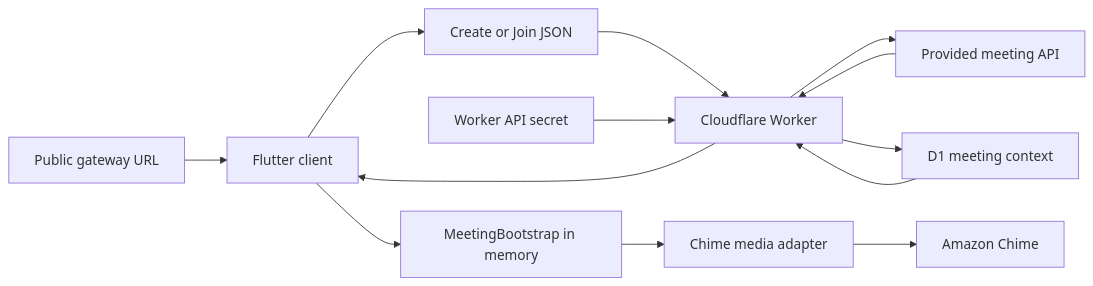
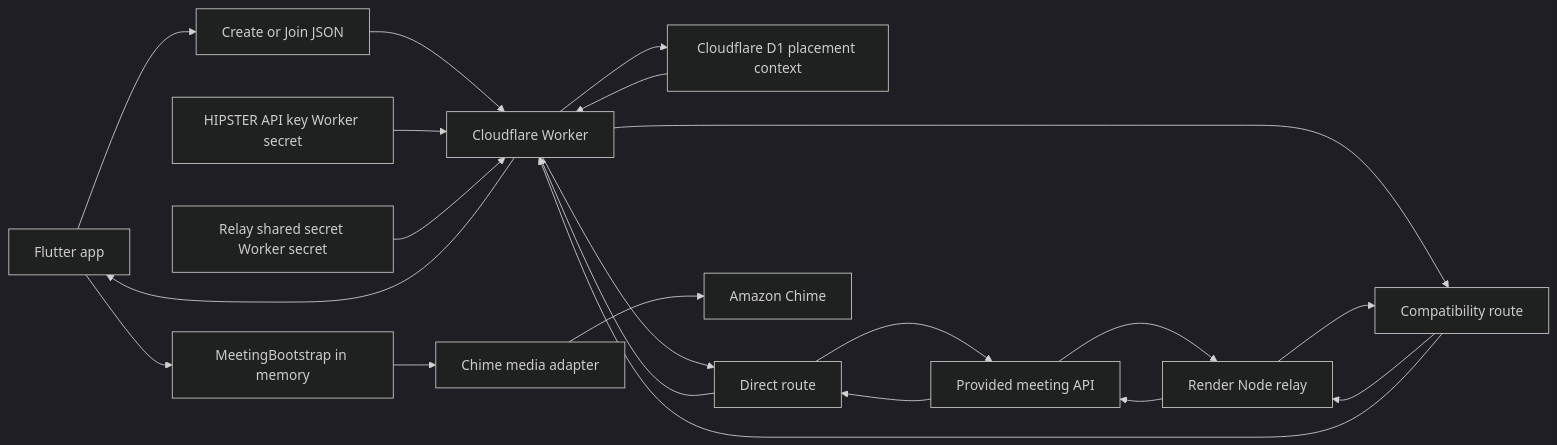
Before and after one commit to maharudraabhishek/chime_meeting_demo: the sixth of 10 diagrams in README.md, drawn with Mermaid. The commit also changed other lines of this file and 6 other files, not shown here.

````diff
--- a/README.md
+++ b/README.md
@@ -334,15 +411,24 @@
 ```mermaid
-flowchart LR
-    A[Public gateway URL] --> B[Flutter client]
-    B --> C[Create or Join JSON]
-    C --> D[Cloudflare Worker]
-    E[Worker API secret] --> D
-    D --> F[Provided meeting API]
-    F --> D
-    D --> G[D1 meeting context]
-    G --> D
-    D --> B
-    B --> H[MeetingBootstrap in memory]
-    H --> I[Chime media adapter]
-    I --> J[Amazon Chime]
+%%{init: {"theme":"dark","darkMode":true}}%%
+graph LR;
+    A[Flutter app] --> B[Create or Join JSON];
+    B --> C[Cloudflare Worker];
+    D[HIPSTER API key Worker secret] --> C;
+    E[Relay shared secret Worker secret] --> C;
+    C --> F[Cloudflare D1 placement context];
+    F --> C;
+    C --> G[Direct route];
+    G --> H[Provided meeting API];
+    H --> G;
+    G --> C;
+    C --> I[Compatibility route];
+    I --> J[Render Node relay];
+    J --> H;
+    H --> J;
+    J --> I;
+    I --> C;
+    C --> A;
+    A --> K[MeetingBootstrap in memory];
+    K --> L[Chime media adapter];
+    L --> M[Amazon Chime];
 ```
````
